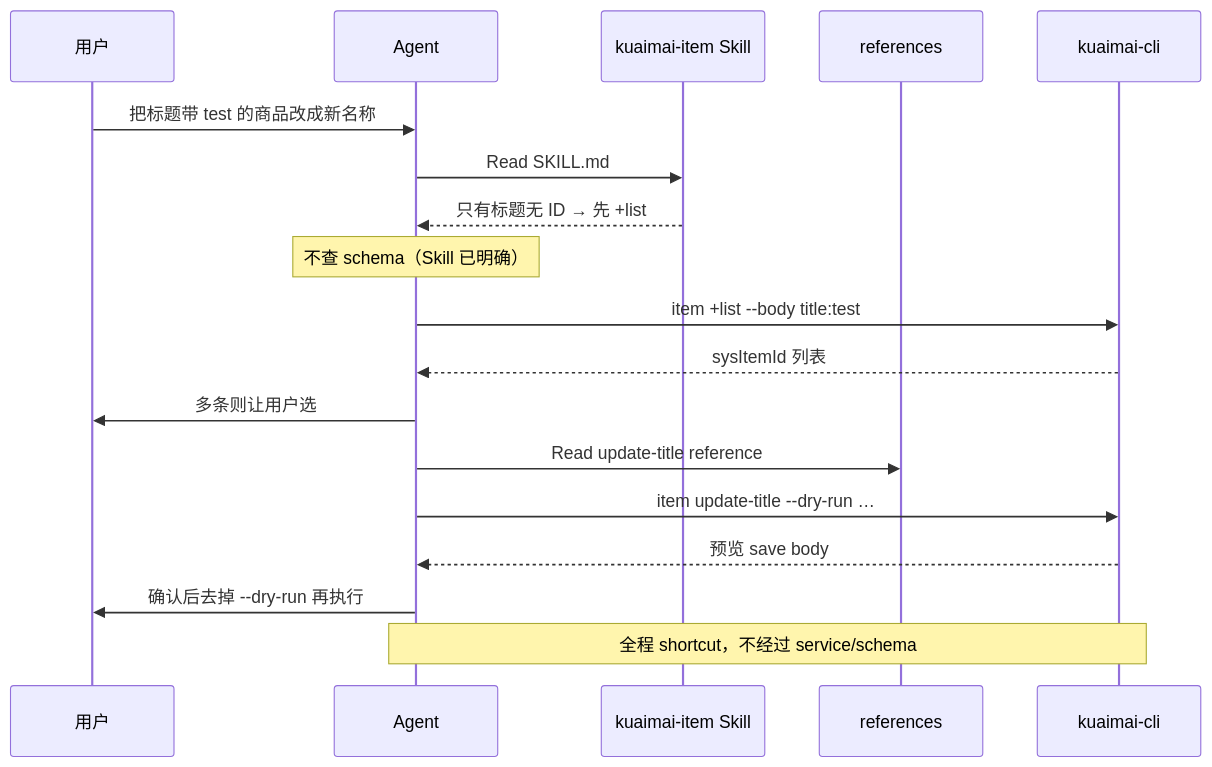
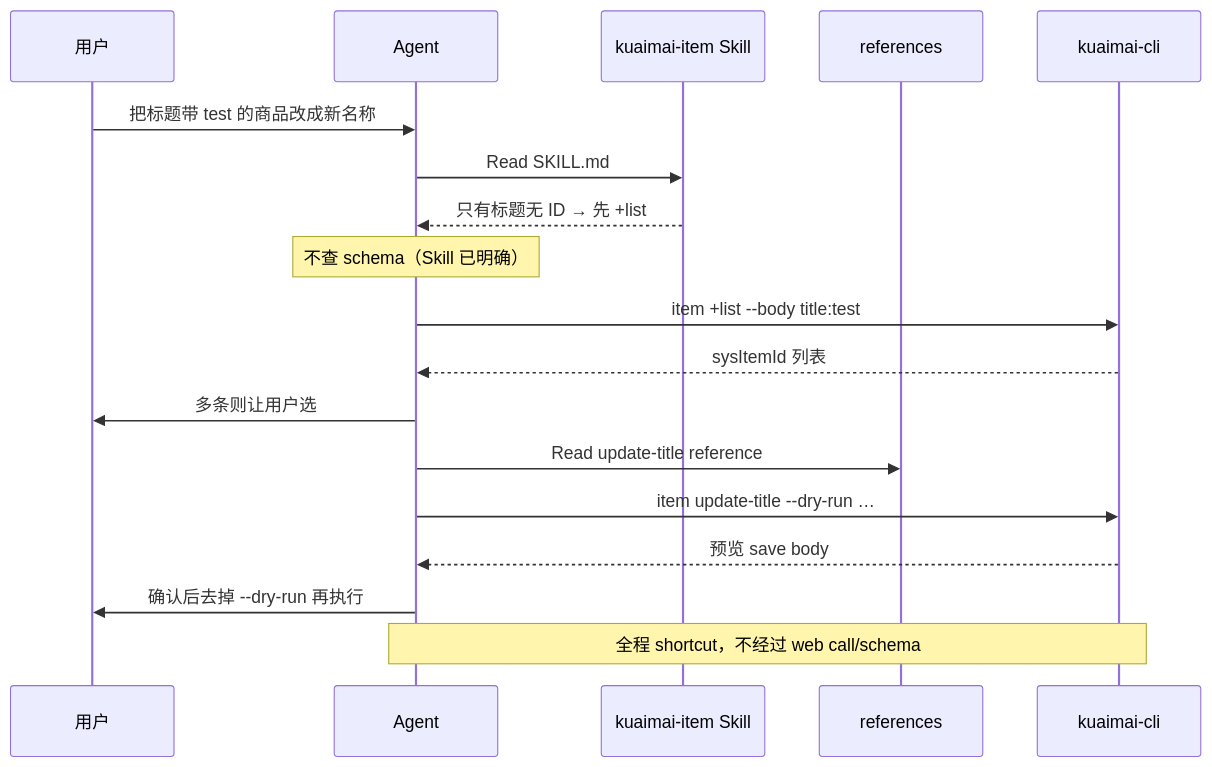
The fifth of 5 diagrams in docs/Agent命令选型与schema流程.md (kuaimai-cli/kuaimai-cli), drawn with Mermaid before and after one commit. The commit also changed other lines of this file and 68 other files, not shown here.

First line of the commit message:
feat: registry 远端同步、API 网关转发与 web call 统一调用

````diff
--- a/docs/Agent命令选型与schema流程.md
+++ b/docs/Agent命令选型与schema流程.md
@@ -239,24 +239,24 @@
 ```mermaid
 sequenceDiagram
   participant U as 用户
   participant A as Agent
   participant SK as kuaimai-item Skill
   participant RF as references
   participant CLI as kuaimai-cli
 
   U->>A: 把标题带 test 的商品改成新名称
   A->>SK: Read SKILL.md
   SK-->>A: 只有标题无 ID → 先 +list
   Note over A: 不查 schema（Skill 已明确）
 
   A->>CLI: item +list --body title:test
   CLI-->>A: sysItemId 列表
   A->>U: 多条则让用户选
 
   A->>RF: Read update-title reference
   A->>CLI: item update-title --dry-run …
   CLI-->>A: 预览 save body
   A->>U: 确认后去掉 --dry-run 再执行
 
-  Note over A,CLI: 全程 shortcut，不经过 service/schema
+  Note over A,CLI: 全程 shortcut，不经过 web call/schema
 ```
````
